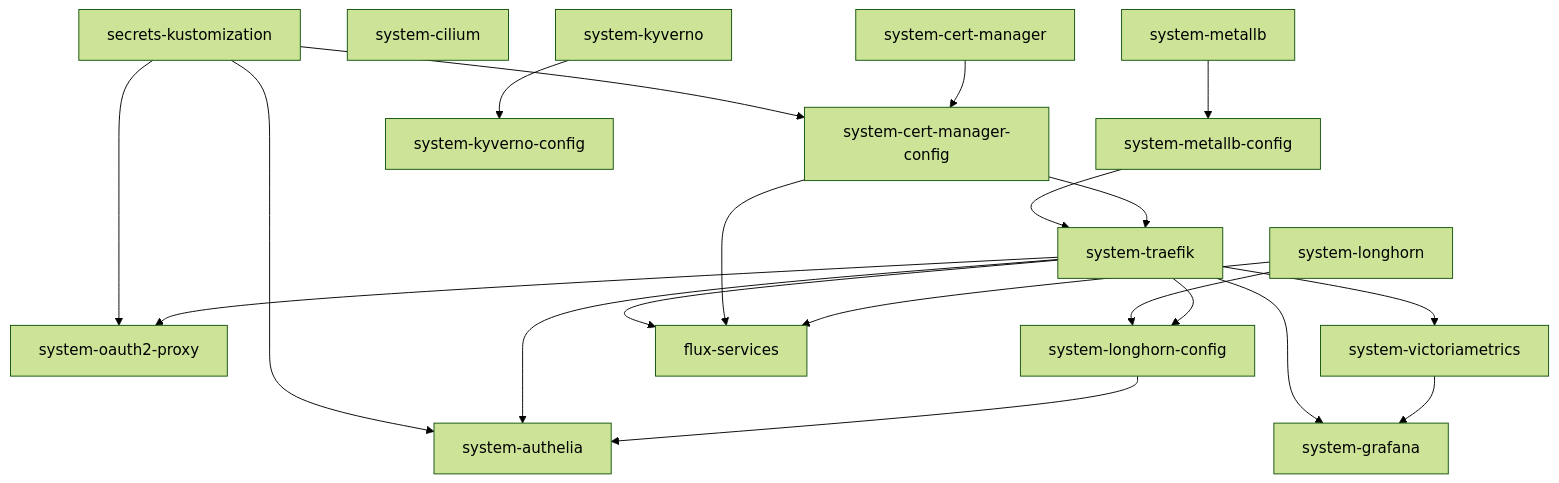
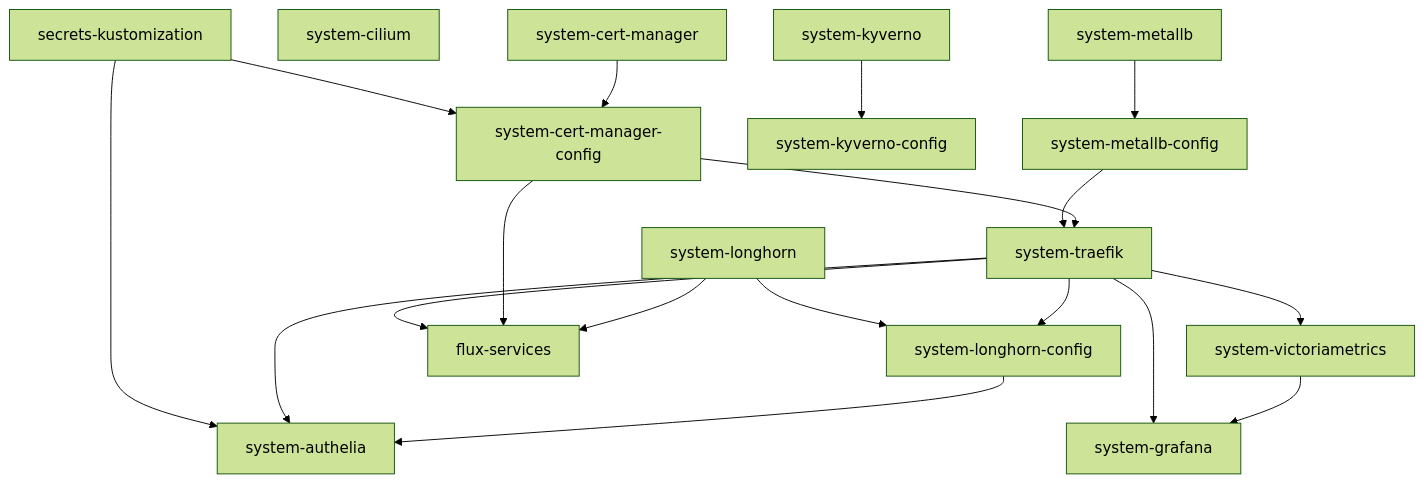
Before and after one commit to AntonBjornNilsson/cloud-gitops: the diagram in .agents/skills/cloud-gitops-architecture/SKILL.md, drawn with Mermaid (forest theme). The commit also changed other lines of this file and 10 other files, not shown here.

Commit message:
feat(security): stabilize 3-tier auth with native Authelia forwardAuth and retire oauth2-proxy

````diff
--- a/.agents/skills/cloud-gitops-architecture/SKILL.md
+++ b/.agents/skills/cloud-gitops-architecture/SKILL.md
@@ -154,32 +154,29 @@
 ```mermaid
 graph TD
     secrets[secrets-kustomization] --> cert_cfg[system-cert-manager-config]
     secrets --> auth[system-authelia]
-    secrets --> oauth[system-oauth2-proxy]
 
     cilium[system-cilium]
     
     metallb[system-metallb] --> metallb_cfg[system-metallb-config]
     cert[system-cert-manager] --> cert_cfg
     
     metallb_cfg --> traefik[system-traefik]
     cert_cfg --> traefik
     
     longhorn[system-longhorn] --> longhorn_cfg[system-longhorn-config]
     traefik --> longhorn_cfg
     
     traefik --> vm[system-victoriametrics]
     traefik --> grafana[system-grafana]
     vm --> grafana
     
     traefik --> auth
     longhorn_cfg --> auth
     
-    traefik --> oauth
-    
     kyverno[system-kyverno] --> kyverno_cfg[system-kyverno-config]
     
     traefik --> services[flux-services]
     cert_cfg --> services
     longhorn --> services
 ```
````
